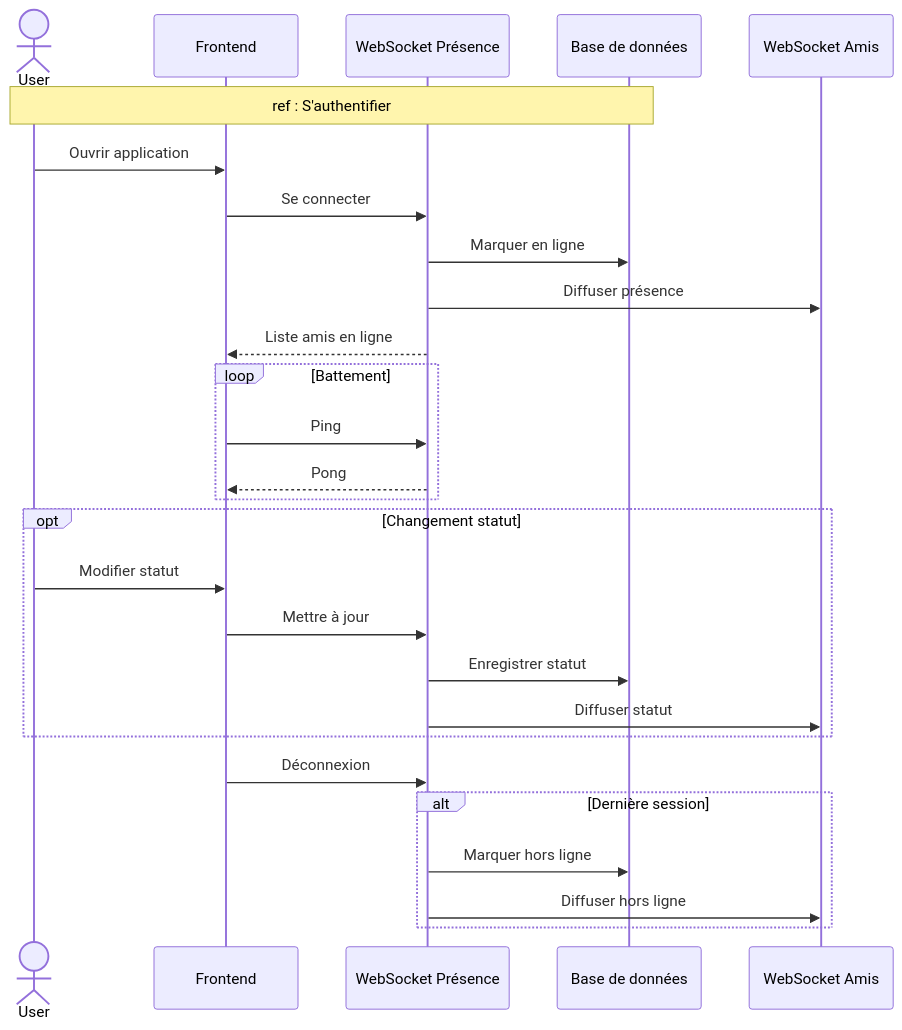
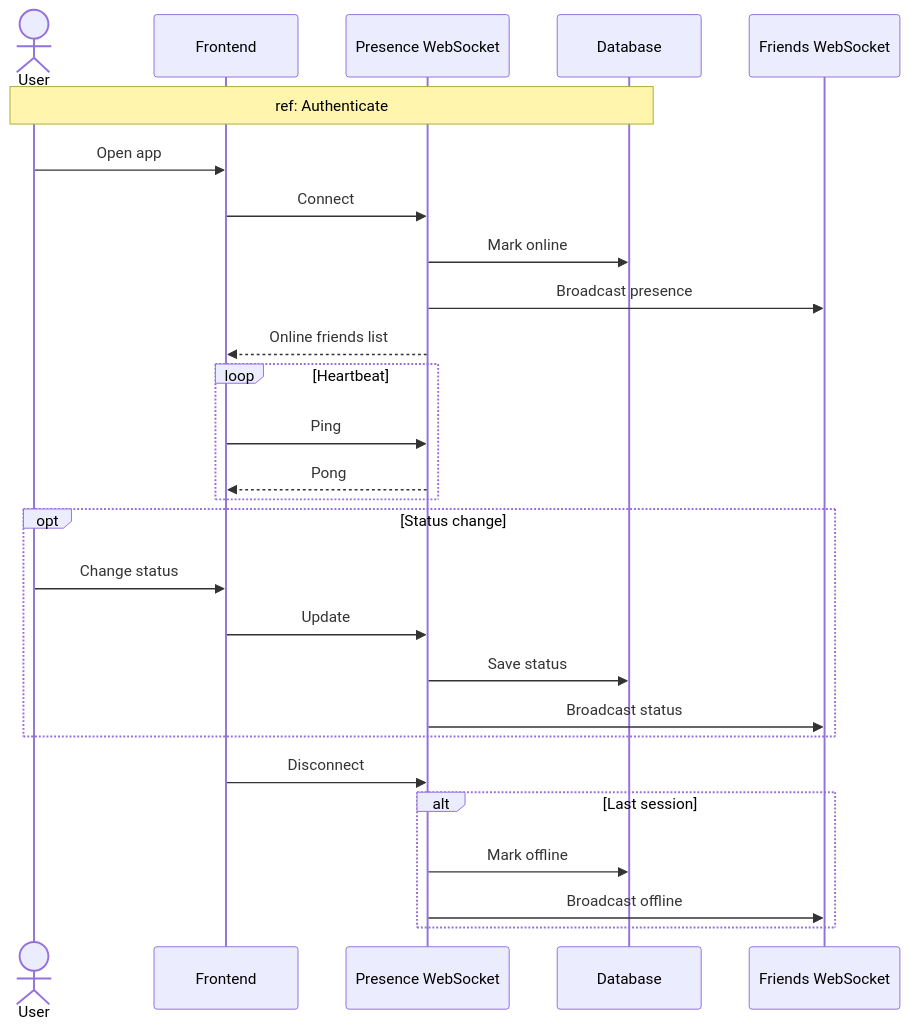
Diagram 16 of 16 in docs/SEQUENCE_DIAGRAMS.md (MohamedChebbi123/teamnest), drawn with Mermaid before and after one commit. The commit also changed other lines of this file, not shown here.

````diff
--- a/docs/SEQUENCE_DIAGRAMS.md
+++ b/docs/SEQUENCE_DIAGRAMS.md
@@ -477,34 +481,34 @@
 ```mermaid
 sequenceDiagram
     actor User
     participant FE as Frontend
-    participant WS as WebSocket Présence
-    participant DB as Base de données
-    participant Friends as WebSocket Amis
+    participant WS as Presence WebSocket
+    participant DB as Database
+    participant Friends as Friends WebSocket
 
-    Note over User,DB: ref : S'authentifier
+    Note over User,DB: ref: Authenticate
 
-    User->>FE: Ouvrir application
-    FE->>WS: Se connecter
-    WS->>DB: Marquer en ligne
-    WS->>Friends: Diffuser présence
-    WS-->>FE: Liste amis en ligne
+    User->>FE: Open app
+    FE->>WS: Connect
+    WS->>DB: Mark online
+    WS->>Friends: Broadcast presence
+    WS-->>FE: Online friends list
 
-    loop Battement
+    loop Heartbeat
         FE->>WS: Ping
         WS-->>FE: Pong
     end
 
-    opt Changement statut
-        User->>FE: Modifier statut
-        FE->>WS: Mettre à jour
-        WS->>DB: Enregistrer statut
-        WS->>Friends: Diffuser statut
+    opt Status change
+        User->>FE: Change status
+        FE->>WS: Update
+        WS->>DB: Save status
+        WS->>Friends: Broadcast status
     end
 
-    FE->>WS: Déconnexion
-    alt Dernière session
-        WS->>DB: Marquer hors ligne
-        WS->>Friends: Diffuser hors ligne
+    FE->>WS: Disconnect
+    alt Last session
+        WS->>DB: Mark offline
+        WS->>Friends: Broadcast offline
     end
 ```
````
